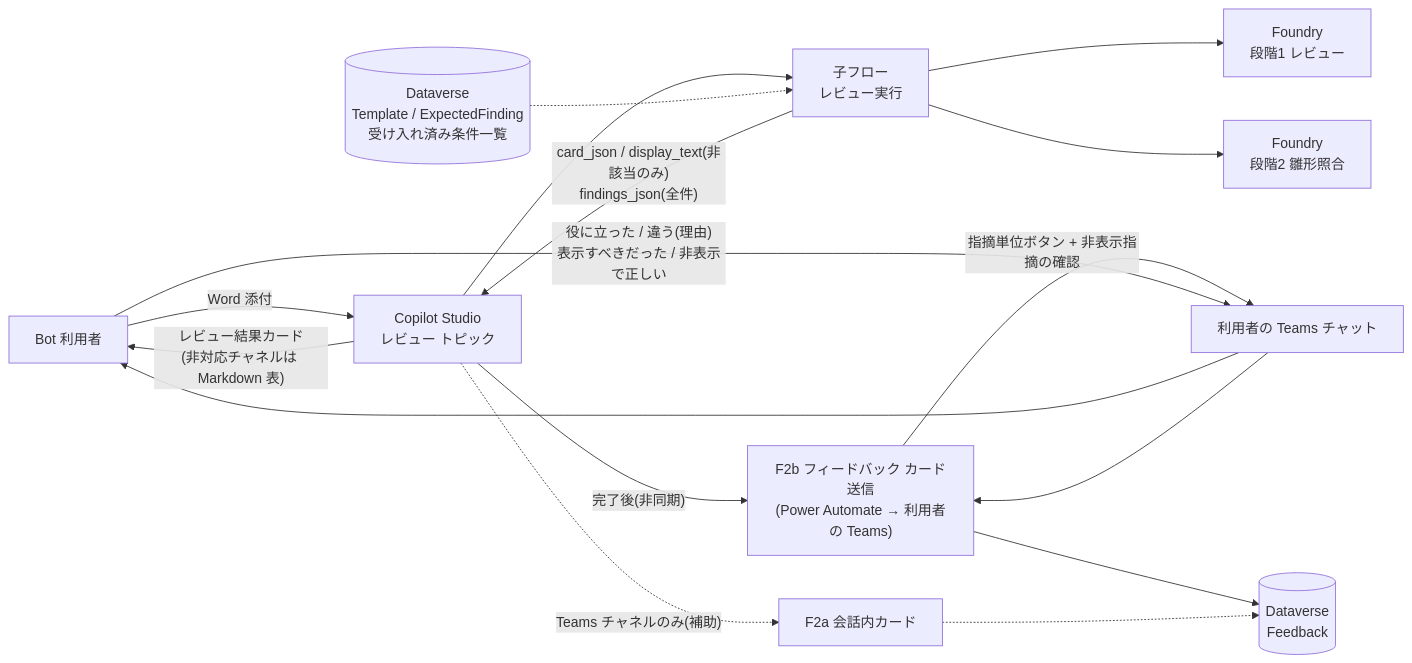
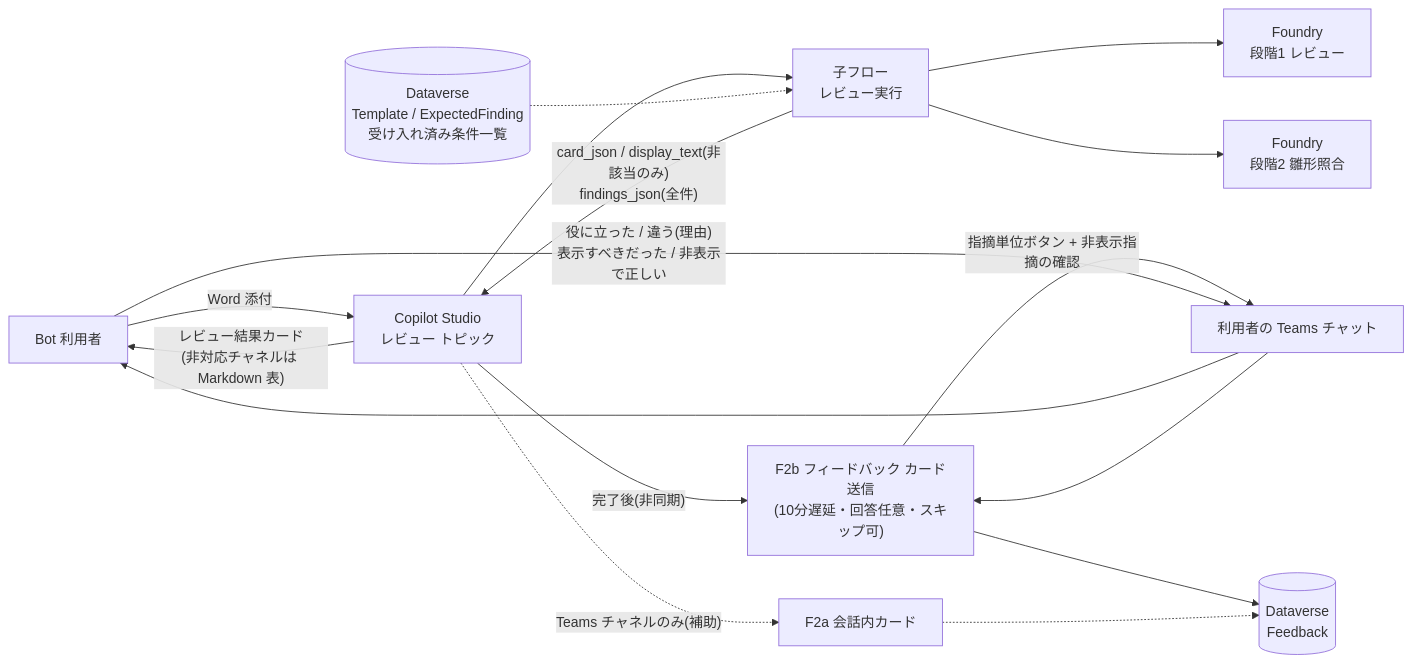
Before and after one commit to goro012/claude_code_test: the first of 14 diagrams in docs/09-diagrams.md, drawn with Mermaid. The commit also changed other lines of this file and 8 other files, not shown here.

````diff
--- a/docs/09-diagrams.md
+++ b/docs/09-diagrams.md
@@ -28,16 +28,16 @@
 ```mermaid
 flowchart LR
     U["Bot 利用者"] -->|"Word 添付"| T1["Copilot Studio\nレビュー トピック"]
     T1 --> CF["子フロー\nレビュー実行"]
     CF --> L1["Foundry\n段階1 レビュー"]
     CF --> L2["Foundry\n段階2 雛形照合"]
     GOLD[("Dataverse\nTemplate / ExpectedFinding\n受け入れ済み条件一覧")] -.-> CF
     CF -->|"card_json / display_text(非該当のみ)\nfindings_json(全件)"| T1
     T1 -->|"レビュー結果カード\n(非対応チャネルは Markdown 表)"| U
-    T1 -->|"完了後(非同期)"| F2B["F2b フィードバック カード送信\n(Power Automate → 利用者の Teams)"]
+    T1 -->|"完了後(非同期)"| F2B["F2b フィードバック カード送信\n(10分遅延・回答任意・スキップ可)"]
     F2B -->|"指摘単位ボタン + 非表示指摘の確認"| TEAMSU["利用者の Teams チャット"]
     TEAMSU --> U
     U -->|"役に立った / 違う(理由)\n表示すべきだった / 非表示で正しい"| TEAMSU
     TEAMSU --> F2B --> FB[("Dataverse\nFeedback")]
     T1 -.->|"Teams チャネルのみ(補助)"| T3["F2a 会話内カード"] -.-> FB
 ```
````
